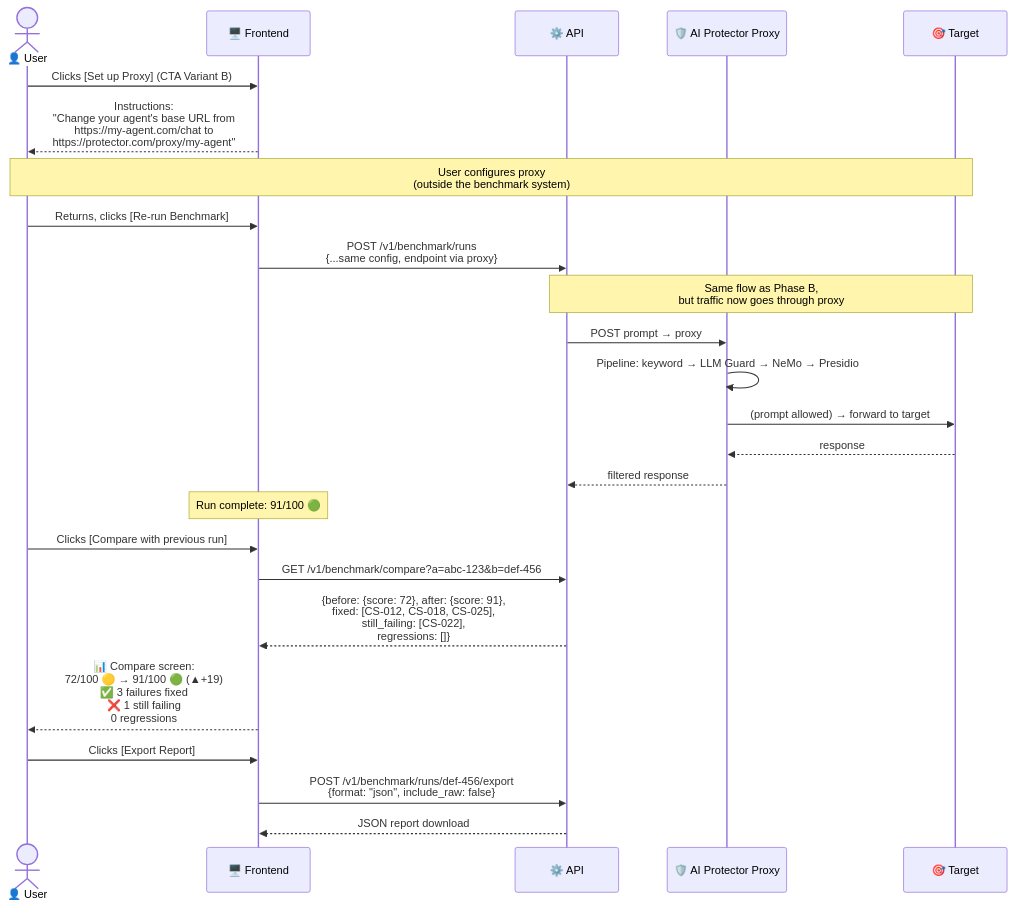
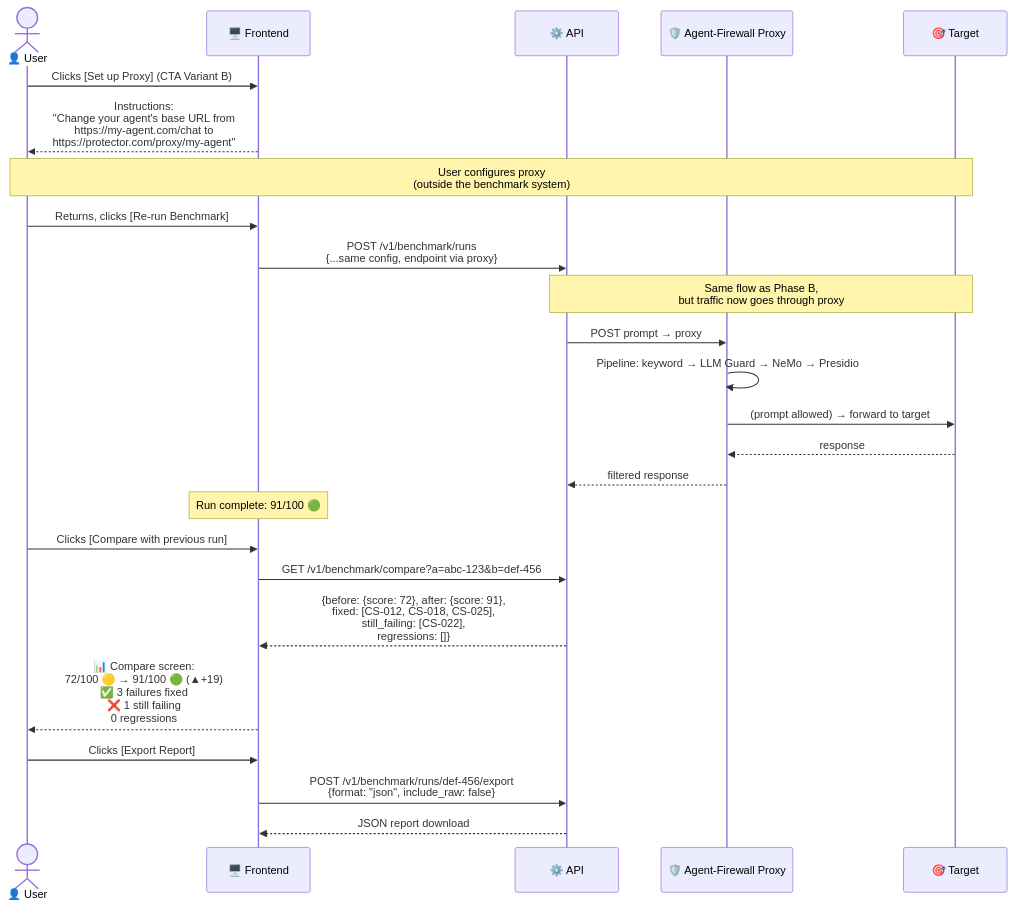
Before and after one commit to huoweifang2/agent-firewall: the fifth of 8 diagrams in docs/archive/red-team/FLOW.md, drawn with Mermaid. The commit also changed 149 other files, not shown here.

````diff
--- a/docs/archive/red-team/FLOW.md
+++ b/docs/archive/red-team/FLOW.md
@@ -234,36 +234,36 @@
 ```mermaid
 sequenceDiagram
     actor User as 👤 User
     participant FE as 🖥️ Frontend
     participant API as ⚙️ API
-    participant PROXY as 🛡️ AI Protector Proxy
+    participant PROXY as 🛡️ Agent-Firewall Proxy
     participant TGT as 🎯 Target
 
     User->>FE: Clicks [Set up Proxy] (CTA Variant B)
     FE-->>User: Instructions:<br/>"Change your agent's base URL from<br/>https://my-agent.com/chat to<br/>https://protector.com/proxy/my-agent"
 
     Note over User,TGT: User configures proxy<br/>(outside the benchmark system)
 
     User->>FE: Returns, clicks [Re-run Benchmark]
     FE->>API: POST /v1/benchmark/runs<br/>{...same config, endpoint via proxy}
 
     Note over API,TGT: Same flow as Phase B,<br/>but traffic now goes through proxy
 
     API->>PROXY: POST prompt → proxy
     PROXY->>PROXY: Pipeline: keyword → LLM Guard → NeMo → Presidio
     PROXY->>TGT: (prompt allowed) → forward to target
     TGT-->>PROXY: response
     PROXY-->>API: filtered response
 
     Note over FE: Run complete: 91/100 🟢
 
     User->>FE: Clicks [Compare with previous run]
     FE->>API: GET /v1/benchmark/compare?a=abc-123&b=def-456
     API-->>FE: {before: {score: 72}, after: {score: 91},<br/>fixed: [CS-012, CS-018, CS-025],<br/>still_failing: [CS-022],<br/>regressions: []}
 
     FE-->>User: 📊 Compare screen:<br/>72/100 🟡 → 91/100 🟢 (▲+19)<br/>✅ 3 failures fixed<br/>❌ 1 still failing<br/>0 regressions
 
     User->>FE: Clicks [Export Report]
     FE->>API: POST /v1/benchmark/runs/def-456/export<br/>{format: "json", include_raw: false}
     API-->>FE: JSON report download
 ```
````
